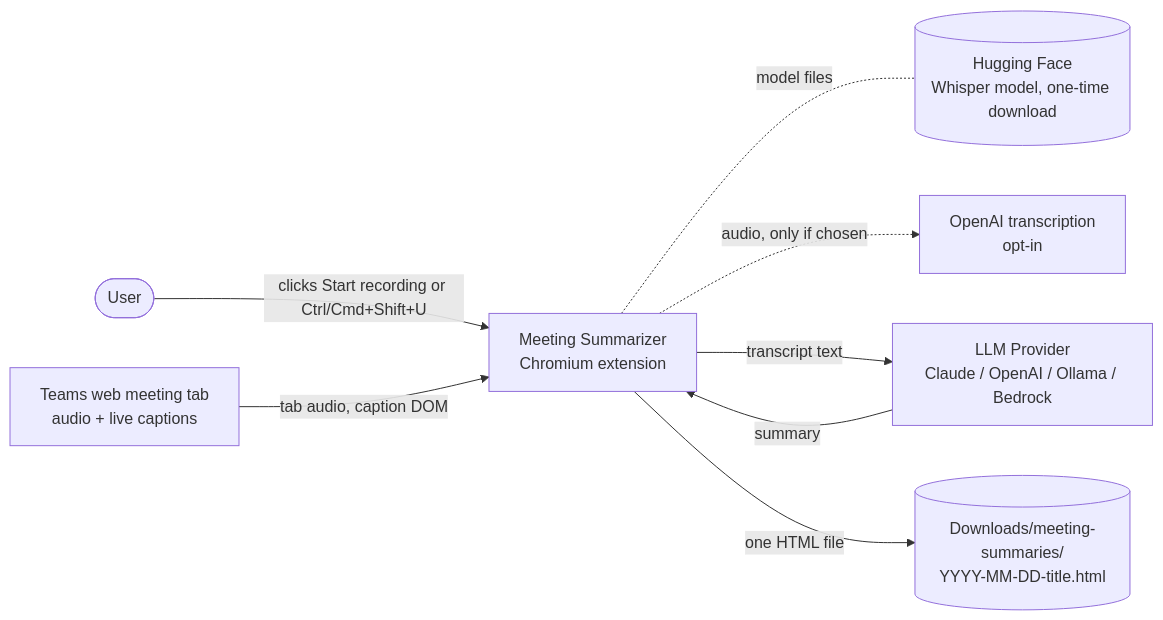
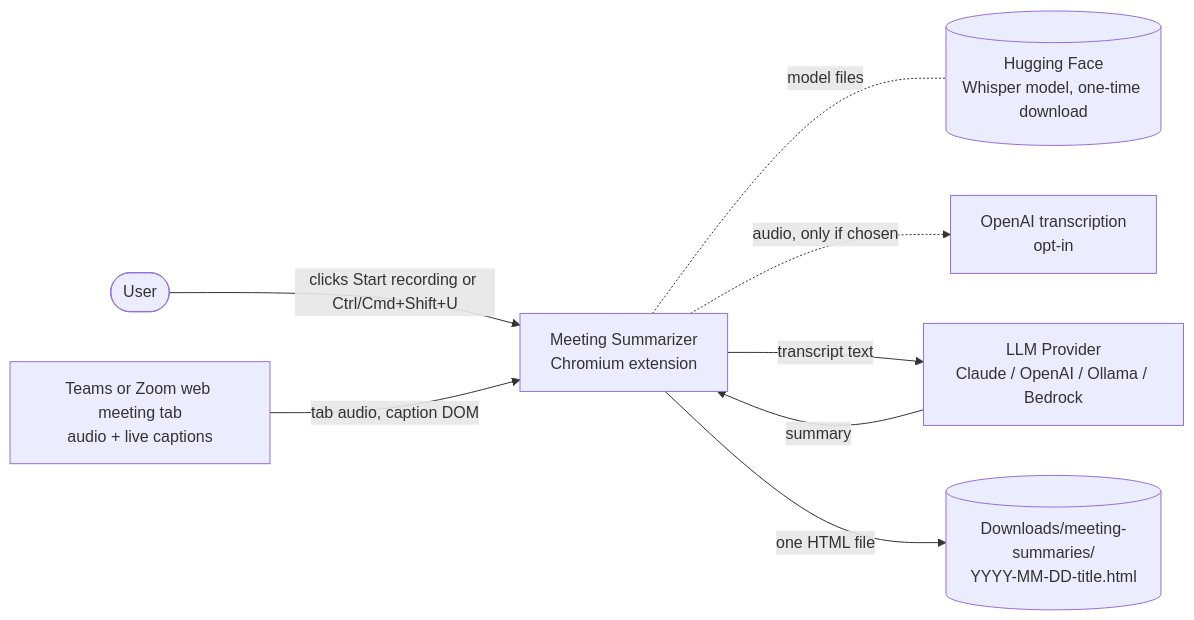
Before and after one commit to dominic676767/meeting-summarizer: the first of 11 diagrams in docs/ARCHITECTURE.md, drawn with Mermaid. The commit also changed other lines of this file and 54 other files, not shown here.

First line of the commit message:
Add Zoom web client capture and verified working checkpoint

````diff
--- a/docs/ARCHITECTURE.md
+++ b/docs/ARCHITECTURE.md
@@ -32,18 +32,18 @@
 ```mermaid
 flowchart LR
     user(["User"])
-    teams["Teams web meeting tab<br/>audio + live captions"]
+    teams["Teams or Zoom web meeting tab<br/>audio + live captions"]
     ext["Meeting Summarizer<br/>Chromium extension"]
     hf[("Hugging Face<br/>Whisper model, one-time download")]
     stt["OpenAI transcription<br/>opt-in"]
     llm["LLM Provider<br/>Claude / OpenAI / Ollama / Bedrock"]
     out[("Downloads/meeting-summaries/<br/>YYYY-MM-DD-title.html")]
 
     user -- "clicks Start recording or Ctrl/Cmd+Shift+U" --> ext
     teams -- "tab audio, caption DOM" --> ext
     ext -. "model files" .- hf
     ext -. "audio, only if chosen" .-> stt
     ext -- "transcript text" --> llm
     llm -- "summary" --> ext
     ext -- "one HTML file" --> out
 ```
````
